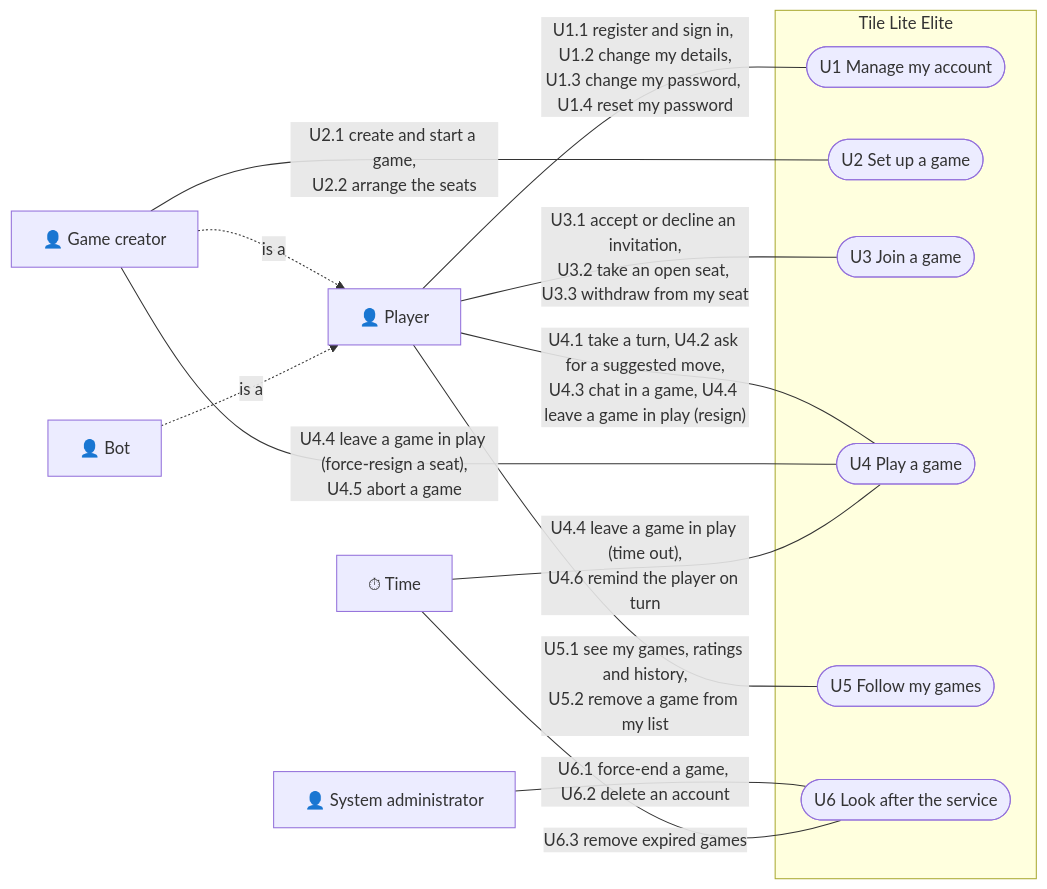
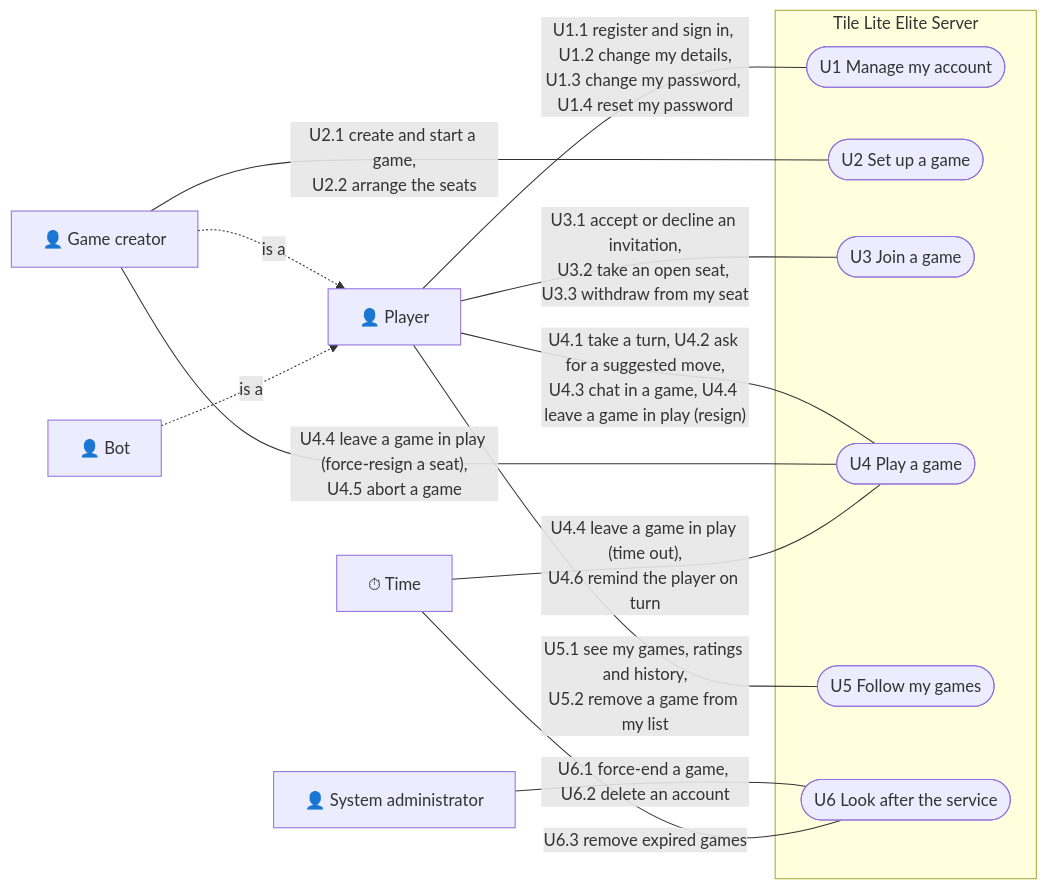
One commit to delphside/programme changed the first of 29 diagrams in docs/changes/workstreams/application-game-architecture/71-one-game-model/71-functional.md. Above: the diagram before and after it, drawn with Mermaid. The commit also changed other lines of this file, not shown here.

First line of the commit message:
app 0.9.2 api 2.16: 71: Tile Lite Elite Server, server steps, and question references name #71

````diff
--- a/docs/changes/workstreams/application-game-architecture/71-one-game-model/71-functional.md
+++ b/docs/changes/workstreams/application-game-architecture/71-one-game-model/71-functional.md
@@ -26,30 +26,30 @@
 ```mermaid
 flowchart LR
   player["👤 Player"]
   creator["👤 Game creator"]
   bot["👤 Bot"]
   admin["👤 System administrator"]
   time["⏱ Time"]
 
   creator -. "is a" .-> player
   bot -. "is a" .-> player
 
-  subgraph service["Tile Lite Elite"]
+  subgraph service["Tile Lite Elite Server"]
     account(["U1 Manage my account"])
     setup(["U2 Set up a game"])
     join(["U3 Join a game"])
     play(["U4 Play a game"])
     follow(["U5 Follow my games"])
     administer(["U6 Look after the service"])
   end
 
   player -- "U1.1 register and sign in, U1.2 change my details,<br/>U1.3 change my password, U1.4 reset my password" --- account
   creator -- "U2.1 create and start a game,<br/>U2.2 arrange the seats" --- setup
   player -- "U3.1 accept or decline an invitation,<br/>U3.2 take an open seat, U3.3 withdraw from my seat" --- join
   player -- "U4.1 take a turn, U4.2 ask for a suggested move,<br/>U4.3 chat in a game, U4.4 leave a game in play (resign)" --- play
   creator -- "U4.4 leave a game in play (force-resign a seat),<br/>U4.5 abort a game" --- play
   time -- "U4.4 leave a game in play (time out),<br/>U4.6 remind the player on turn" --- play
   player -- "U5.1 see my games, ratings and history,<br/>U5.2 remove a game from my list" --- follow
   admin -- "U6.1 force-end a game, U6.2 delete an account" --- administer
   time -- "U6.3 remove expired games" --- administer
 ```
````
